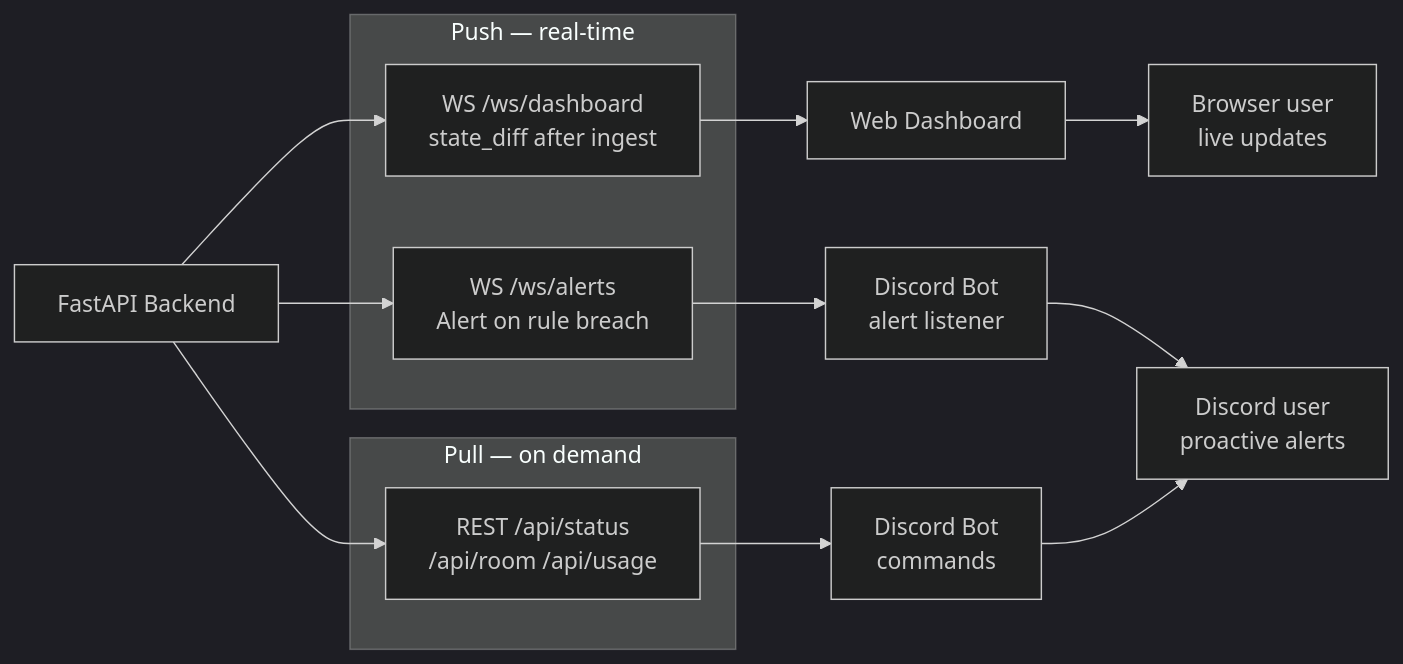
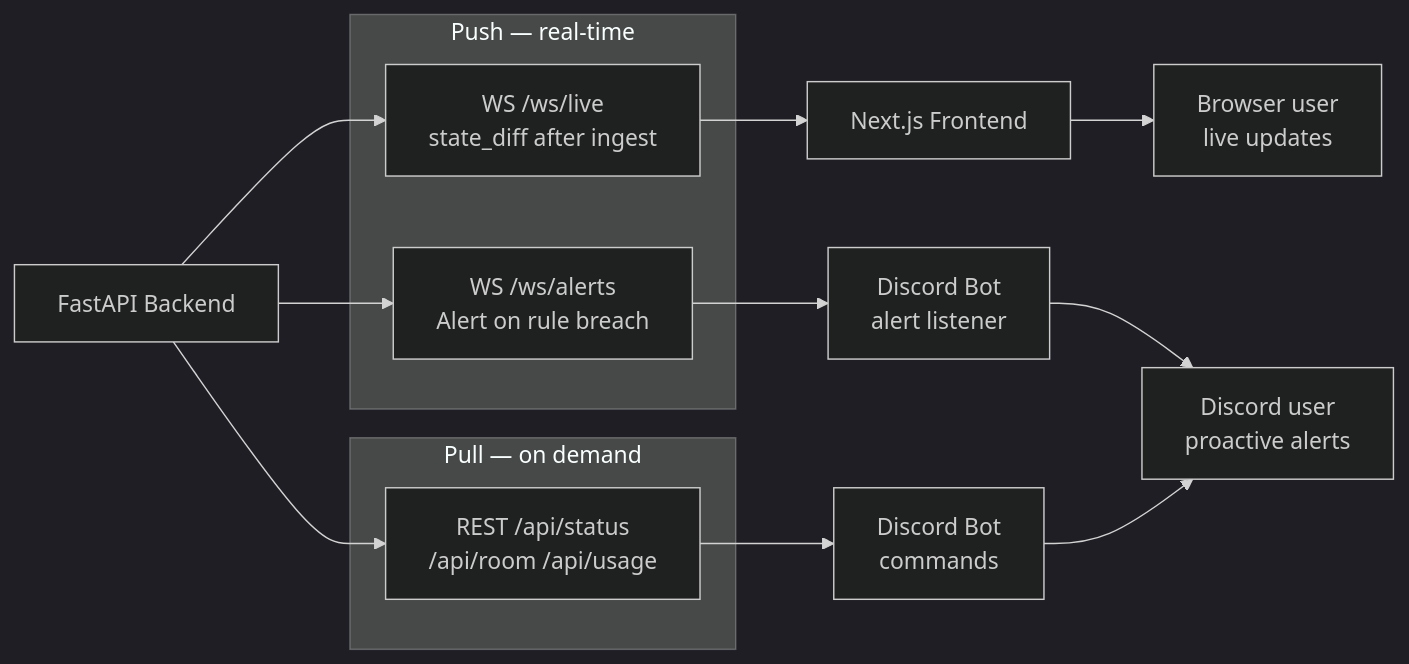
The eighth of 8 diagrams in doc/HIGH_LEVEL_DIAGRAMS.md (naeemsadik/IUT_Techathon_Preli), drawn with Mermaid (dark theme) before and after one commit. The commit also changed other lines of this file and 33 other files, not shown here.

````diff
--- a/doc/HIGH_LEVEL_DIAGRAMS.md
+++ b/doc/HIGH_LEVEL_DIAGRAMS.md
@@ -315,23 +315,23 @@
 ```mermaid
 flowchart LR
     subgraph push [Push — real-time]
-        WSD["WS /ws/dashboard\nstate_diff after ingest"]
+        WSD["WS /ws/live\nstate_diff after ingest"]
         WSA["WS /ws/alerts\nAlert on rule breach"]
     end
 
     subgraph pull [Pull — on demand]
         REST["REST /api/status\n/api/room /api/usage"]
     end
 
     Backend["FastAPI Backend"] --> WSD
     Backend --> WSA
     Backend --> REST
 
-    WSD --> Dashboard["Web Dashboard"]
+    WSD --> Frontend["Next.js Frontend"]
     WSA --> BotAlert["Discord Bot\nalert listener"]
     REST --> BotCmd["Discord Bot\ncommands"]
 
-    Dashboard --> WebUser["Browser user\nlive updates"]
+    Frontend --> WebUser["Browser user\nlive updates"]
     BotAlert --> DiscordUser["Discord user\nproactive alerts"]
     BotCmd --> DiscordUser
 ```
````
